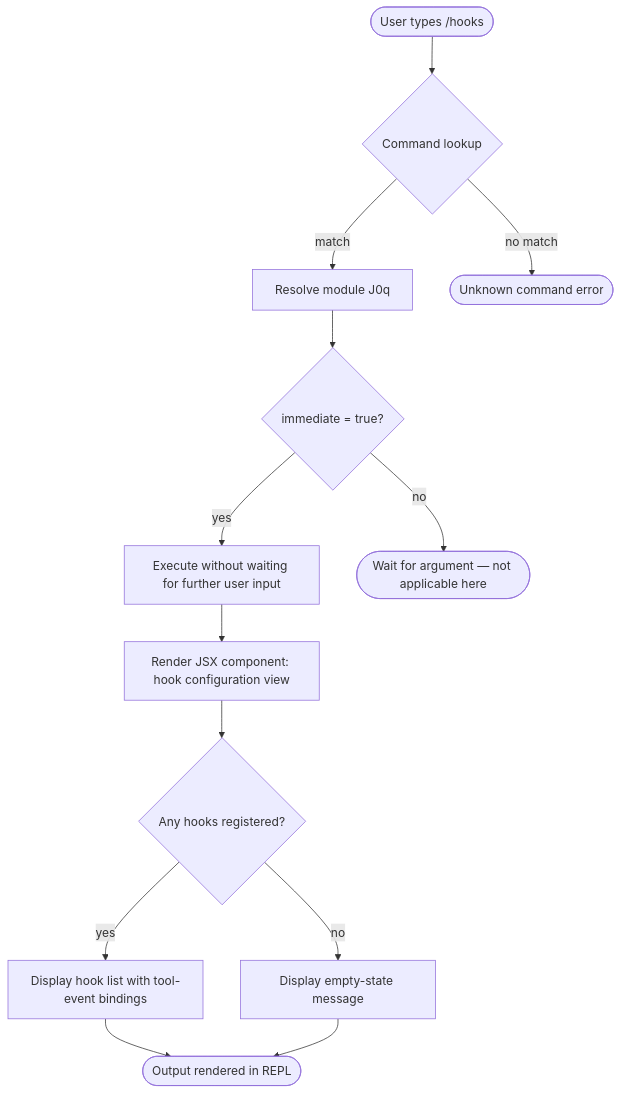
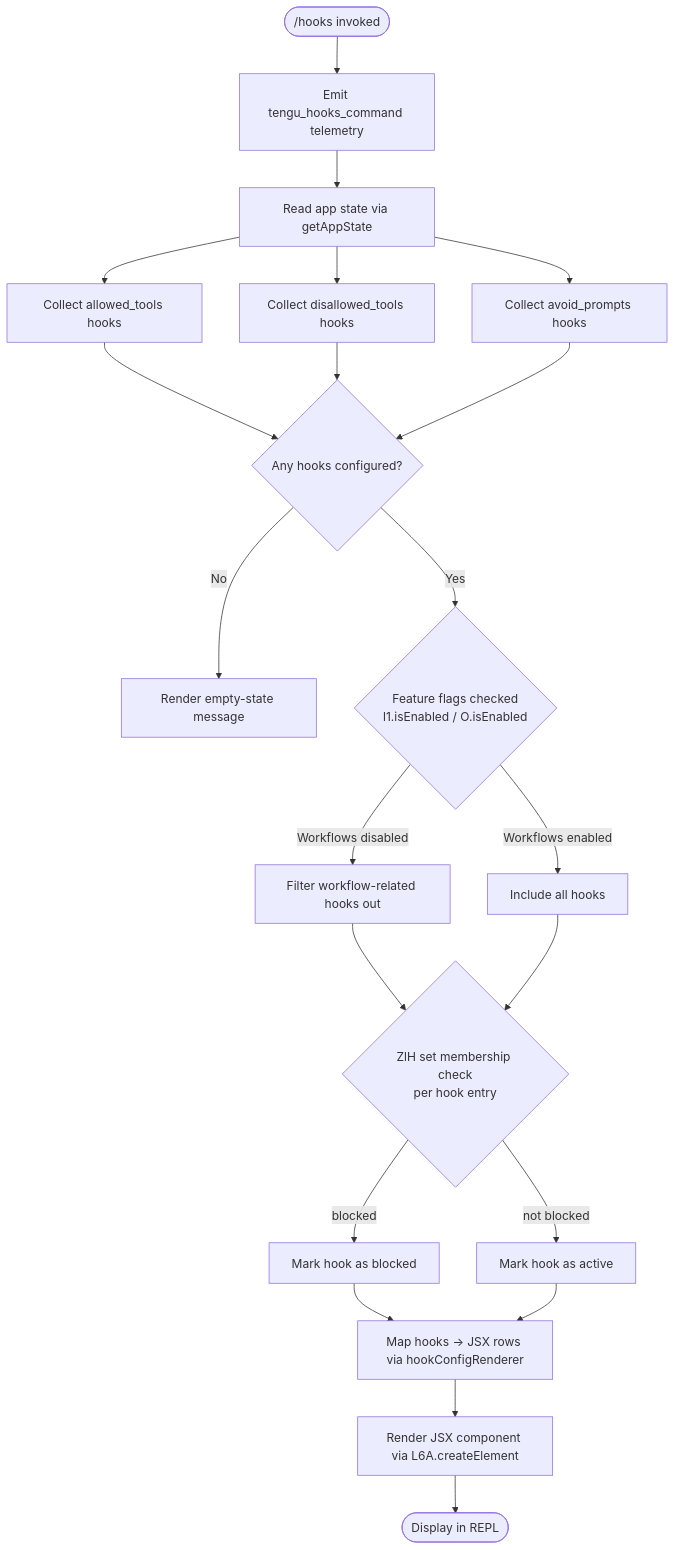
One commit to MyLittleLuckyDog/cc-gnothi changed the diagram in versions/v2.1.154/hooks.md. Above: the diagram before and after it, drawn with Mermaid. The commit also changed other lines of this file and 593 other files, not shown here.

````diff
--- a/versions/v2.1.154/hooks.md
+++ b/versions/v2.1.154/hooks.md
@@ -47,15 +55,19 @@
 ```mermaid
 flowchart TD
-    A([User types /hooks]) --> B{Command lookup}
-    B -- match --> C[Resolve module J0q]
-    B -- no match --> Z([Unknown command error])
-    C --> D{immediate = true?}
-    D -- yes --> E[Execute without waiting for further user input]
-    D -- no --> F([Wait for argument — not applicable here])
-    E --> G[Render JSX component: hook configuration view]
-    G --> H{Any hooks registered?}
-    H -- yes --> I[Display hook list with tool-event bindings]
-    H -- no --> J[Display empty-state message]
-    I --> K([Output rendered in REPL])
-    J --> K
+    A(["/hooks invoked"]) --> B[Emit tengu_hooks_command telemetry]
+    B --> C[Read app state via getAppState]
+    C --> D[Collect allowed_tools hooks]
+    C --> E[Collect disallowed_tools hooks]
+    C --> F[Collect avoid_prompts hooks]
+    D & E & F --> G{Any hooks configured?}
+    G -- No --> H[Render empty-state message]
+    G -- Yes --> I{Feature flags checked\nl1.isEnabled / O.isEnabled}
+    I -- Workflows disabled --> J[Filter workflow-related hooks out]
+    I -- Workflows enabled --> K[Include all hooks]
+    J & K --> L{ZlH set membership check\nper hook entry}
+    L -- blocked --> M[Mark hook as blocked]
+    L -- not blocked --> N[Mark hook as active]
+    M & N --> O2[Map hooks → JSX rows via hookConfigRenderer]
+    O2 --> P[Render JSX component via L6A.createElement]
+    P --> Q([Display in REPL])
 ```
````
